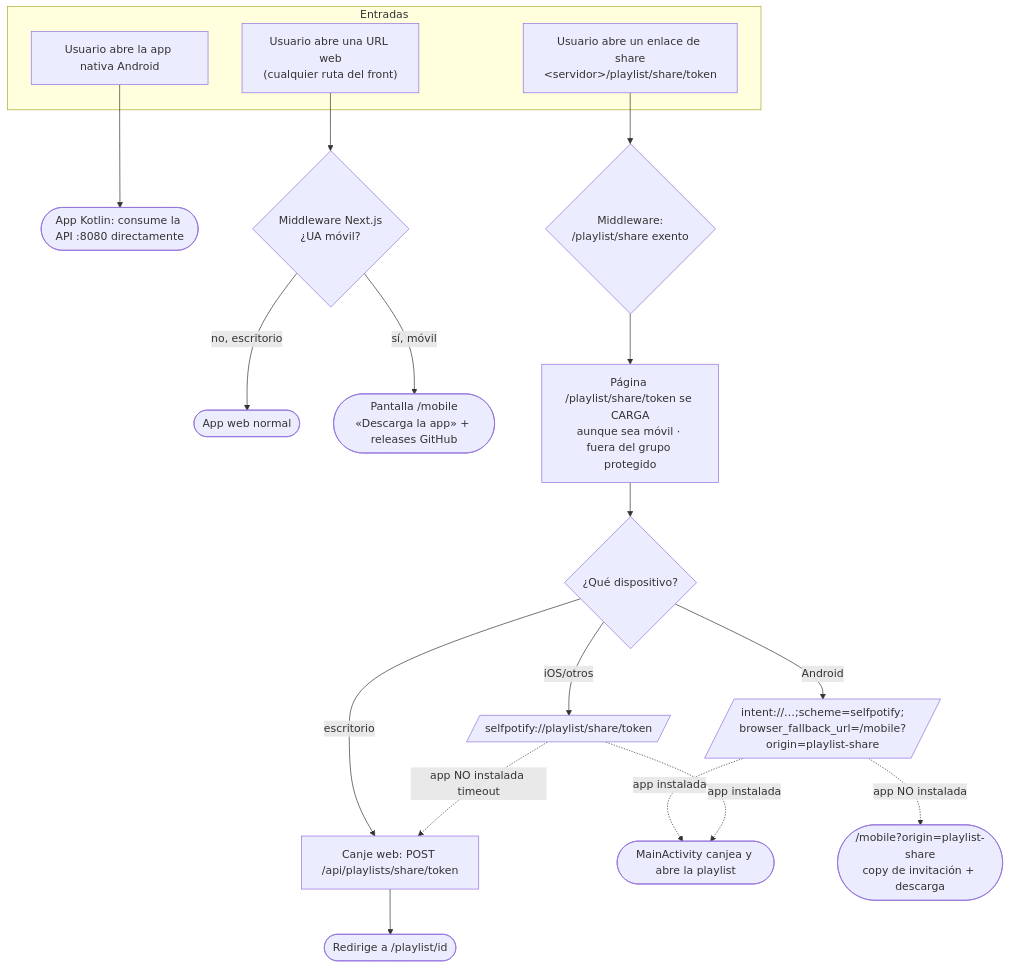
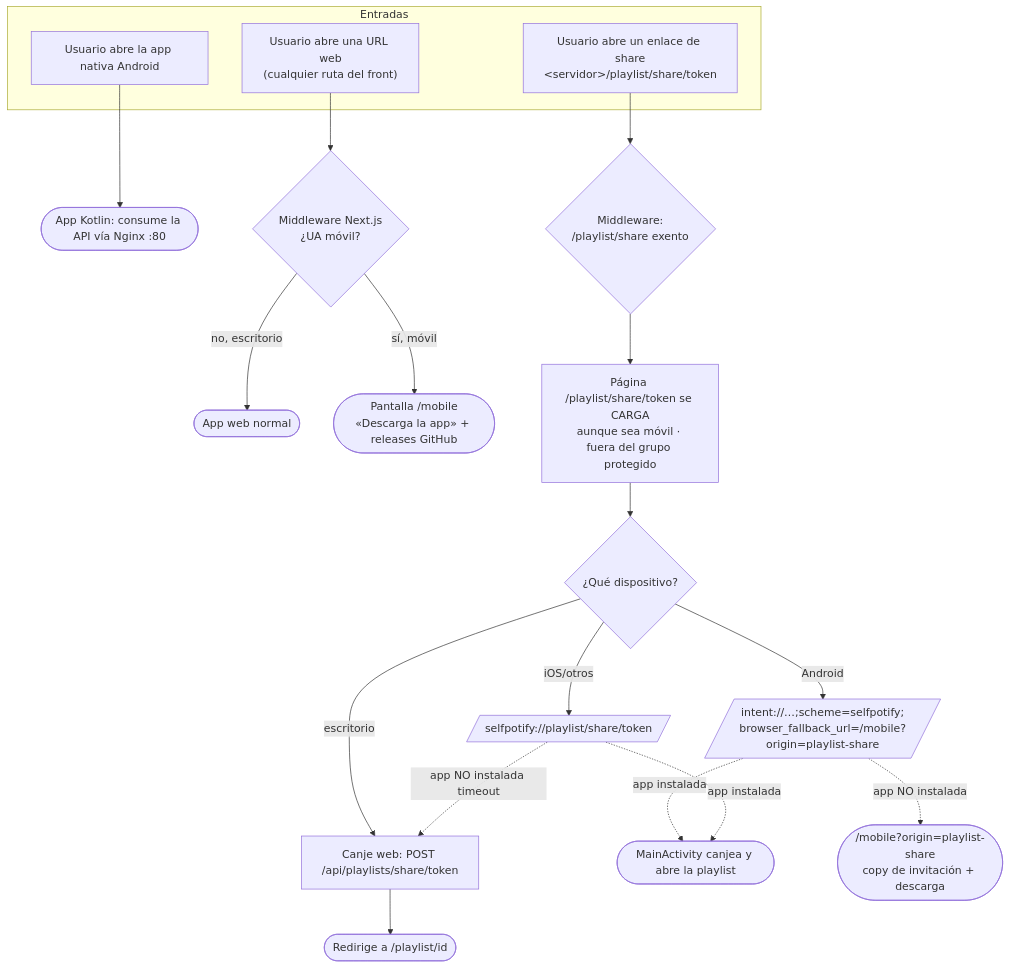
Before and after one commit to conguchu/selfpotify: diagram 20 of 42 in README.md, drawn with Mermaid. The commit also changed other lines of this file and 4 other files, not shown here.

Commit message:
refactor: enrutar el cliente Android por nginx (:80) y dejar de exponer la API al host

````diff
--- a/README.md
+++ b/README.md
@@ -975,29 +975,29 @@
 ```mermaid
 flowchart TD
     subgraph Entradas
         A[Usuario abre la app nativa Android]
         B["Usuario abre una URL web<br/>(cualquier ruta del front)"]
         C["Usuario abre un enlace de share<br/>&lt;servidor&gt;/playlist/share/token"]
     end
 
-    A --> AppNative([App Kotlin: consume la API :8080 directamente])
+    A --> AppNative([App Kotlin: consume la API vía Nginx :80])
 
     B --> MW{Middleware Next.js<br/>¿UA móvil?}
     MW -- no, escritorio --> Web([App web normal])
     MW -- sí, móvil --> MobPage([Pantalla /mobile<br/>«Descarga la app» + releases GitHub])
 
     C --> MW2{Middleware:<br/>/playlist/share exento}
     MW2 --> SharePage["Página /playlist/share/token se CARGA<br/>aunque sea móvil · fuera del grupo protegido"]
     SharePage --> Plat{¿Qué dispositivo?}
 
     Plat -- escritorio --> Redeem[Canje web: POST /api/playlists/share/token]
     Redeem --> PL([Redirige a /playlist/id])
 
     Plat -- Android --> Intent[/"intent://…;scheme=selfpotify;<br/>browser_fallback_url=/mobile?origin=playlist-share"/]
     Intent -. app instalada .-> AppRedeem([MainActivity canjea y abre la playlist])
     Intent -. app NO instalada .-> MobInvite([/mobile?origin=playlist-share<br/>copy de invitación + descarga])
 
     Plat -- iOS/otros --> Deep[/"selfpotify://playlist/share/token"/]
     Deep -. app instalada .-> AppRedeem
     Deep -. app NO instalada timeout .-> Redeem
 ```
````
